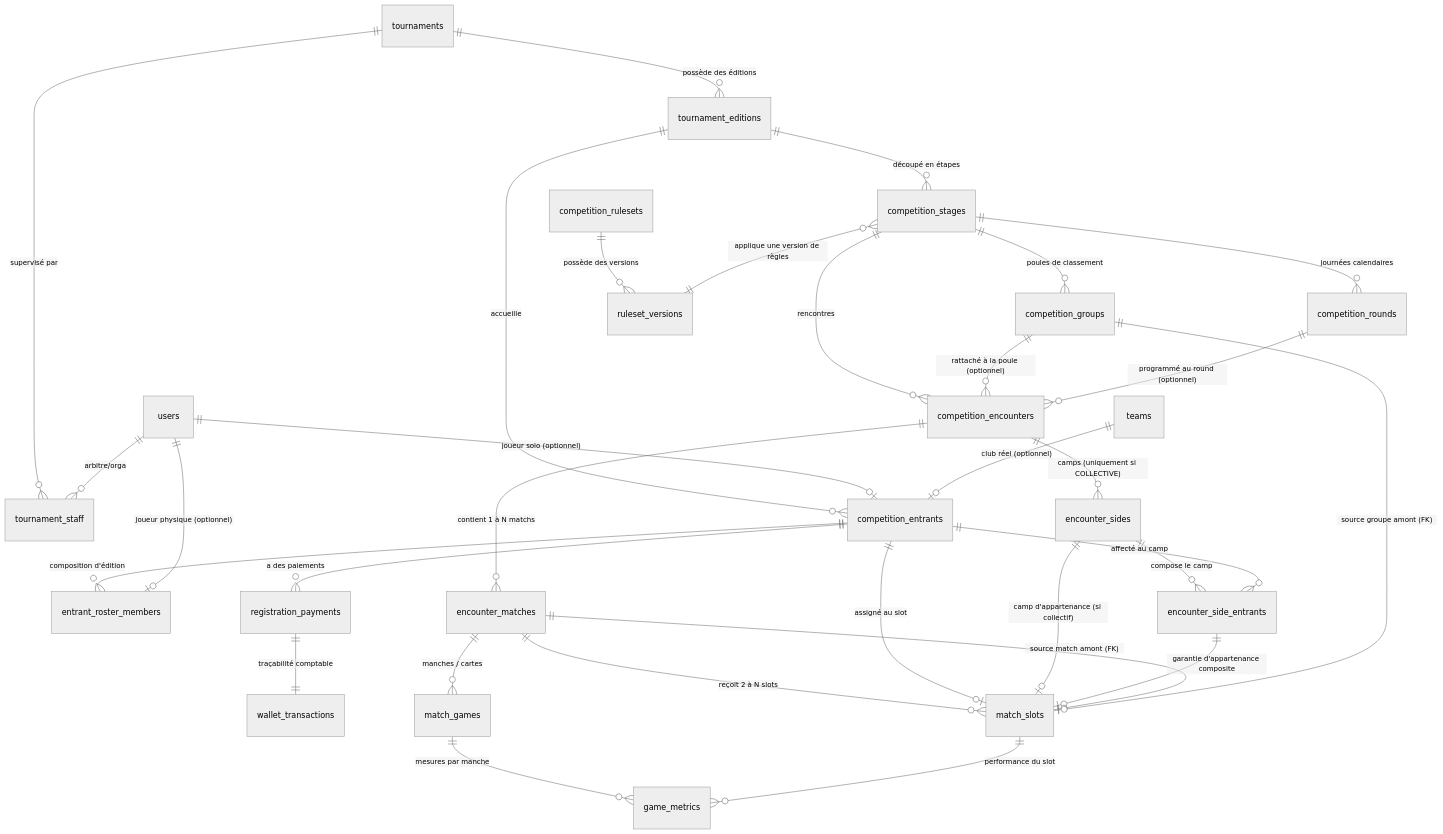
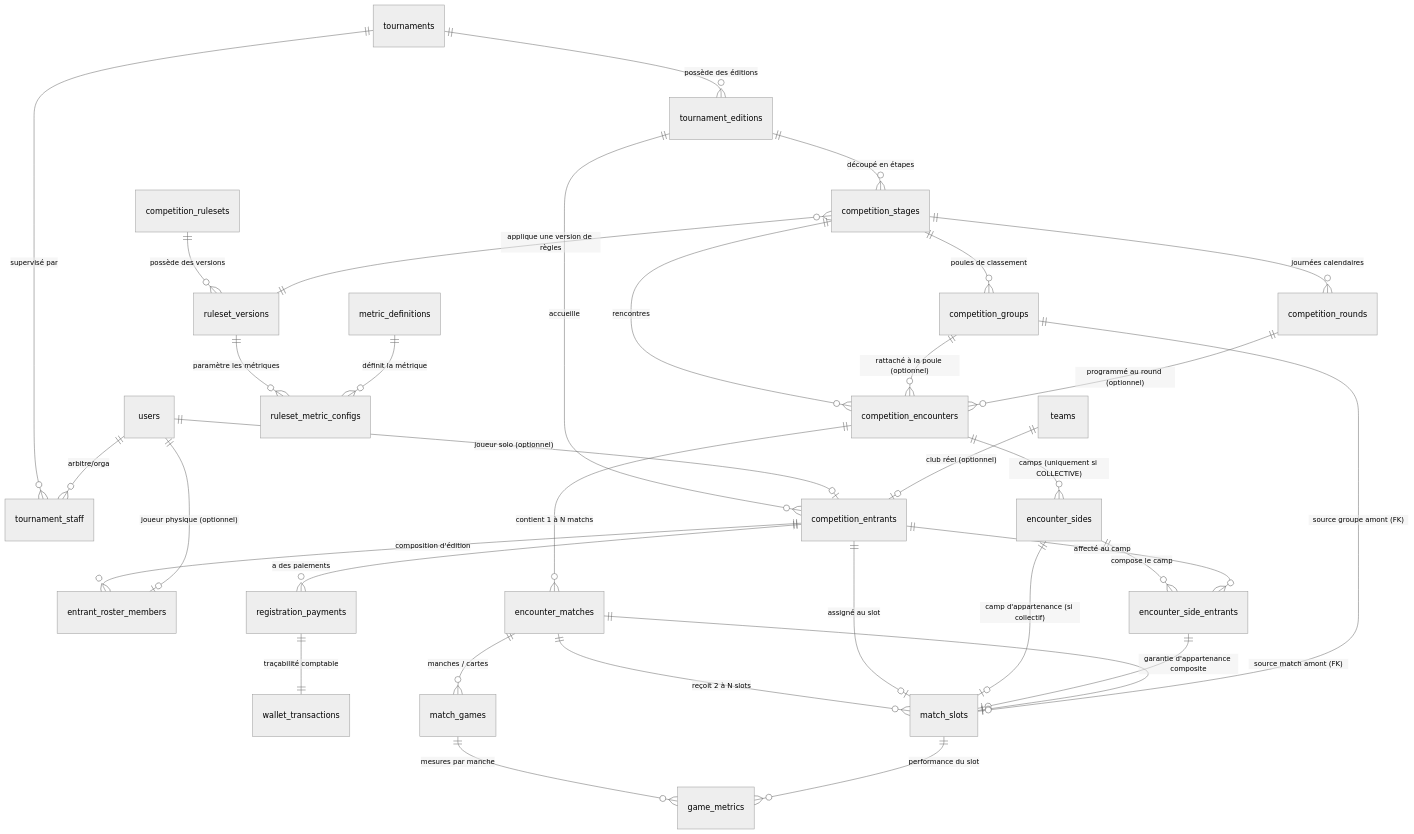
Before and after one commit to AbdoulRachid-Mz/games-trafic: the diagram in docs/audit-competition/05-PROPOSED-TARGET-ARCHITECTURE.md, drawn with Mermaid (neutral theme). The commit also changed other lines of this file and 3 other files, not shown here.

````diff
--- a/docs/audit-competition/05-PROPOSED-TARGET-ARCHITECTURE.md
+++ b/docs/audit-competition/05-PROPOSED-TARGET-ARCHITECTURE.md
@@ -24,45 +24,47 @@
 ```mermaid
 erDiagram
     tournaments ||--o{ tournament_editions : "possède des éditions"
     tournaments ||--o{ tournament_staff : "supervisé par"
     users ||--o{ tournament_staff : "arbitre/orga"
 
     tournament_editions ||--o{ competition_entrants : "accueille"
     users ||--o| competition_entrants : "joueur solo (optionnel)"
     teams ||--o| competition_entrants : "club réel (optionnel)"
 
     competition_entrants ||--o{ entrant_roster_members : "composition d'édition"
     users ||--o| entrant_roster_members : "joueur physique (optionnel)"
 
     competition_entrants ||--o{ registration_payments : "a des paiements"
     registration_payments ||--|| wallet_transactions : "traçabilité comptable"
 
     tournament_editions ||--o{ competition_stages : "découpé en étapes"
     competition_stages ||--o{ competition_groups : "poules de classement"
     competition_stages ||--o{ competition_rounds : "journées calendaires"
 
     competition_rulesets ||--o{ ruleset_versions : "possède des versions"
+    ruleset_versions ||--o{ ruleset_metric_configs : "paramètre les métriques"
+    metric_definitions ||--o{ ruleset_metric_configs : "définit la métrique"
     competition_stages }o--|| ruleset_versions : "applique une version de règles"
 
     competition_stages ||--o{ competition_encounters : "rencontres"
     competition_groups ||--o{ competition_encounters : "rattaché à la poule (optionnel)"
     competition_rounds ||--o{ competition_encounters : "programmé au round (optionnel)"
 
     competition_encounters ||--o{ encounter_sides : "camps (uniquement si COLLECTIVE)"
     encounter_sides ||--o{ encounter_side_entrants : "compose le camp"
     competition_entrants ||--o{ encounter_side_entrants : "affecté au camp"
 
     competition_encounters ||--o{ encounter_matches : "contient 1 à N matchs"
     
     encounter_matches ||--o{ match_slots : "reçoit 2 à N slots"
     competition_entrants ||--o| match_slots : "assigné au slot"
     encounter_sides ||--o| match_slots : "camp d'appartenance (si collectif)"
     encounter_side_entrants ||--o| match_slots : "garantie d'appartenance composite"
 
     encounter_matches ||--o| match_slots : "source match amont (FK)"
     competition_groups ||--o| match_slots : "source groupe amont (FK)"
 
     encounter_matches ||--o{ match_games : "manches / cartes"
     match_games ||--o{ game_metrics : "mesures par manche"
     match_slots ||--o{ game_metrics : "performance du slot"
 ```
````
